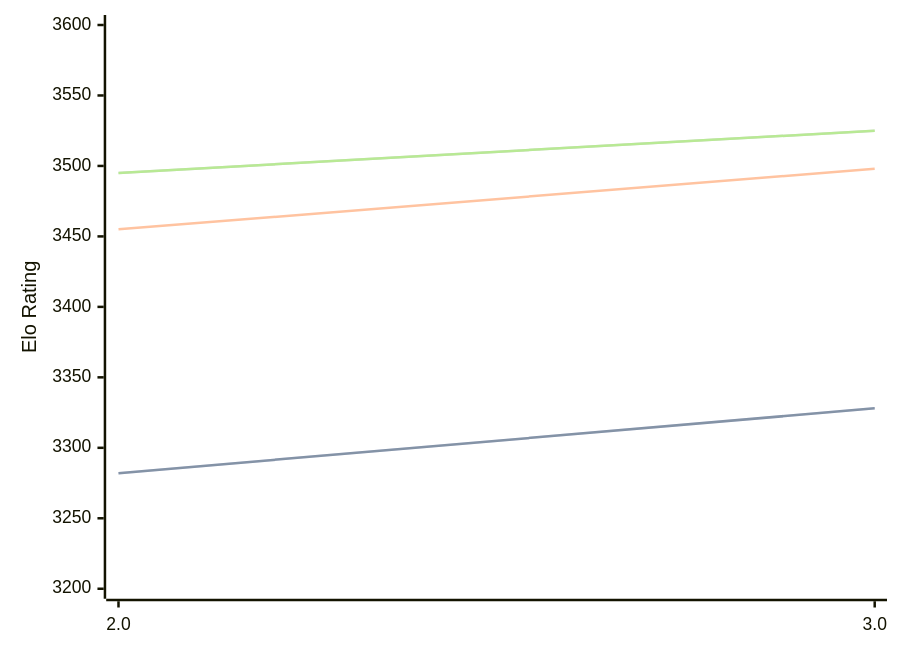
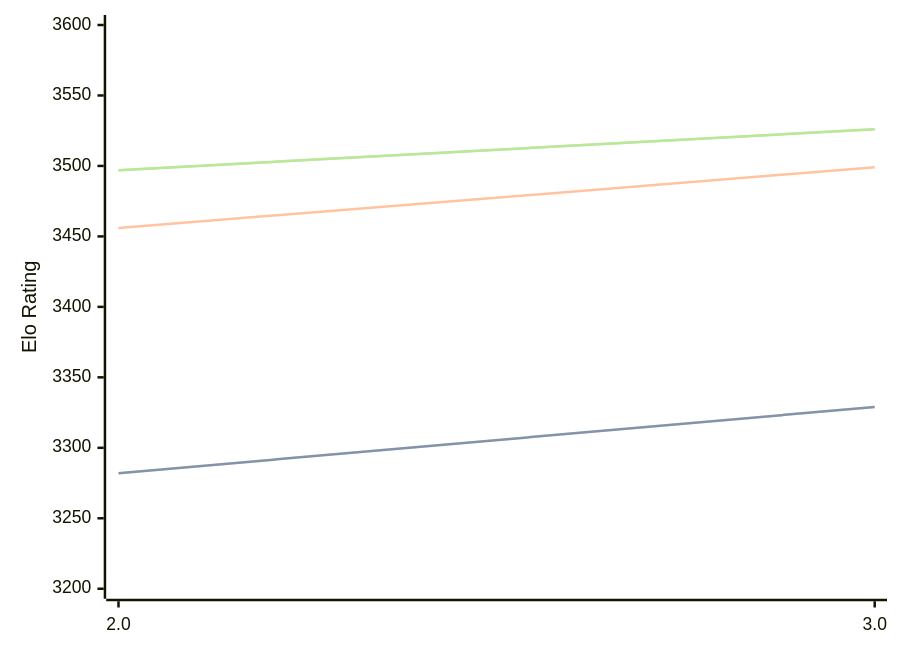
Before and after one commit to computer-chess-index/cci: the third of 3 diagrams in engines/Quanticade.md, drawn with Mermaid. The commit also changed other lines of this file, not shown here.

Commit message:
Update CCI Ratings (ELO VLTC) - 2026-06-22

````diff
--- a/engines/Quanticade.md
+++ b/engines/Quanticade.md
@@ -74,11 +74,11 @@
 ```mermaid
 %%{init: {"theme":"base","themeVariables":{"seriesColors:['#a3a3a3','#222221','#faa371']}}}%%
 xychart-beta
   x-axis ["2.0", "3.0"]
   y-axis "Elo Rating" 3200 --> 3600
-  line "STC (8.0+0.08s)" [3282, 3328]
-  line "STC (8.0+0.08s)" [3282, 3328]
-  line "LTC (60.0+0.60s)" [3455, 3498]
-  line "VLTC (2m24s+1.12s)" [3495, 3525]
-  line "VLTC (2m24s+1.12s)" [3495, 3525]
+  line "STC (8.0+0.08s)" [3282, 3329]
+  line "STC (8.0+0.08s)" [3282, 3329]
+  line "LTC (60.0+0.60s)" [3456, 3499]
+  line "VLTC (2m24s+1.12s)" [3497, 3526]
+  line "VLTC (2m24s+1.12s)" [3497, 3526]
 ```
````
